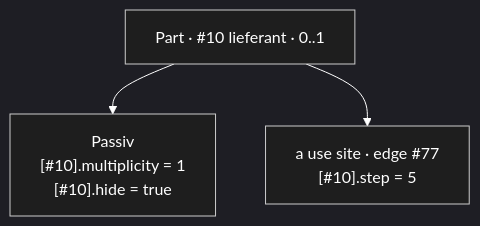
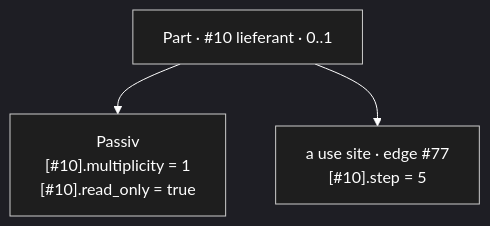
Diagram 29 of 51 in docs/NewConcept/10-domain-core.md (sfambach/wp-taxonomy-modeler), drawn with Mermaid before and after one commit. The commit also changed other lines of this file and 11 other files, not shown here.

````diff
--- a/docs/NewConcept/10-domain-core.md
+++ b/docs/NewConcept/10-domain-core.md
@@ -2202,16 +2303,16 @@
 ```mermaid
 ---
 config:
   theme: dark
   themeVariables:
     mainBkg: "#1e1e1e"
     background: "#1e1e1e"
     primaryColor: "#1e1e1e"
     classText: "#ffffff"
     textColor: "#ffffff"
     lineColor: "#ffffff"
 ---
 flowchart TD
-    B["Part · #10 lieferant · 0..1"] --> P["Passiv<br/>[#10].multiplicity = 1<br/>[#10].hide = true"]
+    B["Part · #10 lieferant · 0..1"] --> P["Passiv<br/>[#10].multiplicity = 1<br/>[#10].read_only = true"]
     B --> U["a use site · edge #77<br/>[#10].step = 5"]
 ```
````
